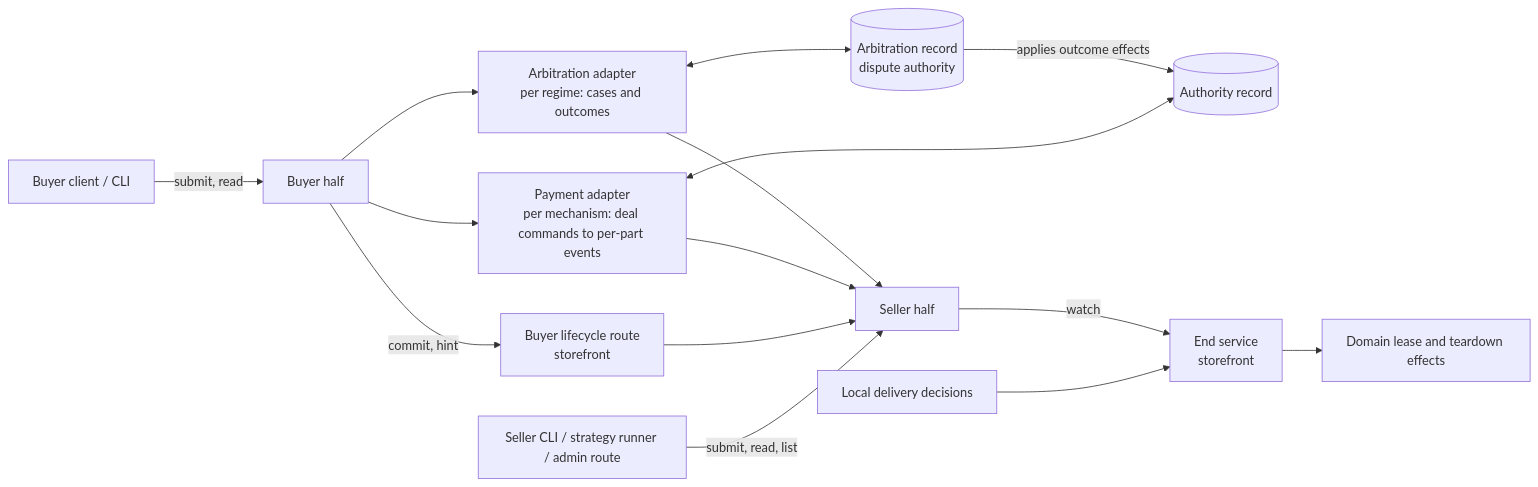
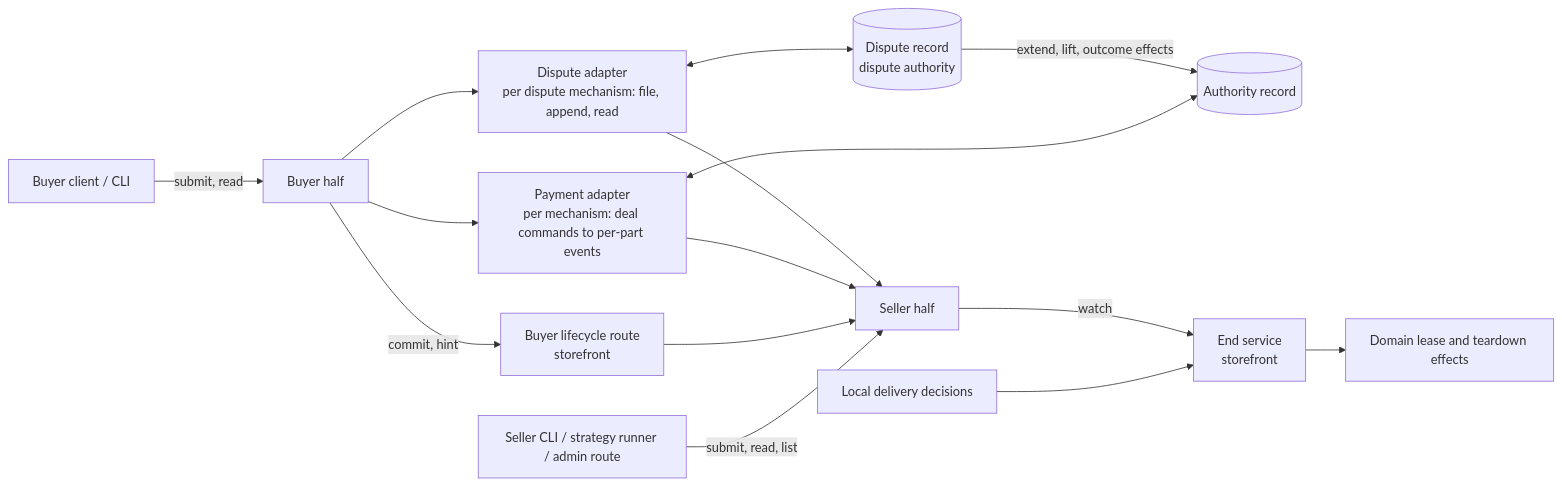
One commit to arkhai-io/simple-compute-market changed the first of 2 diagrams in openspec/changes/agreed-evidence-and-early-termination/design.md. Above: the diagram before and after it, drawn with Mermaid. The commit also changed other lines of this file and 12 other files, not shown here.

Commit message:
Per-case hold extensions, dispute mechanisms and append; sixth-round triage

````diff
--- a/openspec/changes/agreed-evidence-and-early-termination/design.md
+++ b/openspec/changes/agreed-evidence-and-early-termination/design.md
@@ -146,17 +152,17 @@
 ```mermaid
 flowchart LR
     BC[Buyer client / CLI] -->|submit, read| BH[Buyer half]
     BH --> AD[Payment adapter<br/>per mechanism: deal commands to per-part events]
-    BH --> AR[Arbitration adapter<br/>per regime: cases and outcomes]
-    AR <--> AC[(Arbitration record<br/>dispute authority)]
-    AC -->|applies outcome effects| AU
+    BH --> AR[Dispute adapter<br/>per dispute mechanism: file, append, read]
+    AR <--> AC[(Dispute record<br/>dispute authority)]
+    AC -->|extend, lift, outcome effects| AU
     AR --> SH
     BH -->|commit, hint| LR[Buyer lifecycle route<br/>storefront]
     AD <--> AU[(Authority record)]
     AD --> SH[Seller half]
     SH -->|watch| ES[End service<br/>storefront]
     LR --> SH
     SC[Seller CLI / strategy runner / admin route] -->|submit, read, list| SH
     LD[Local delivery decisions] --> ES
     ES --> DP[Domain lease and teardown effects]
 ```
````
